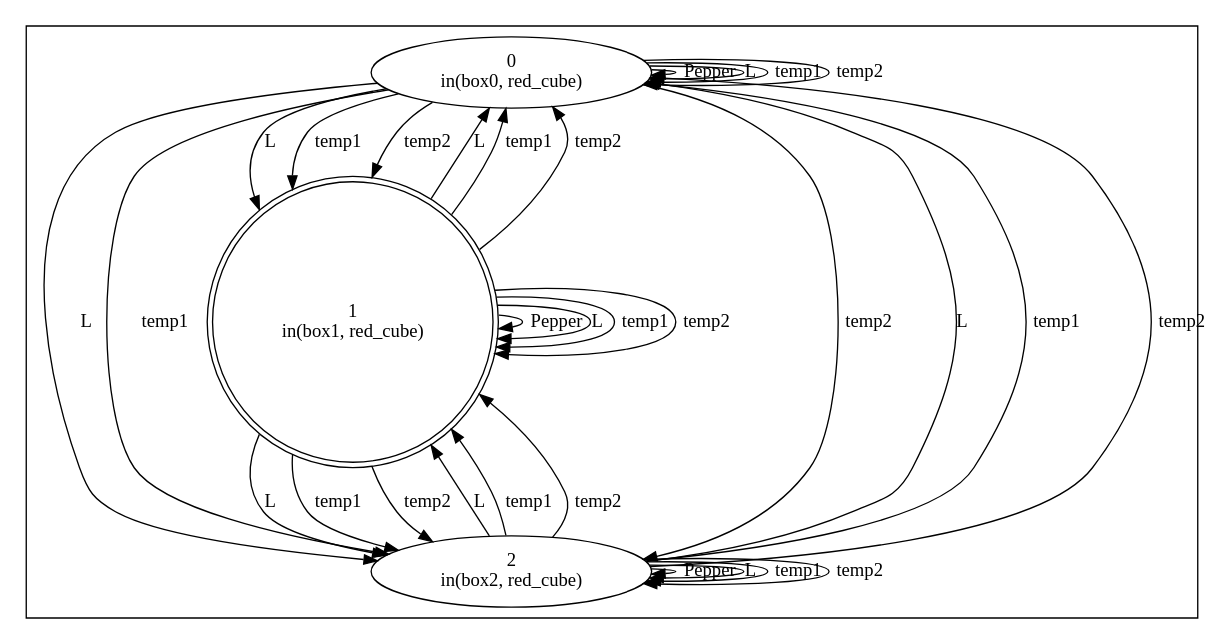
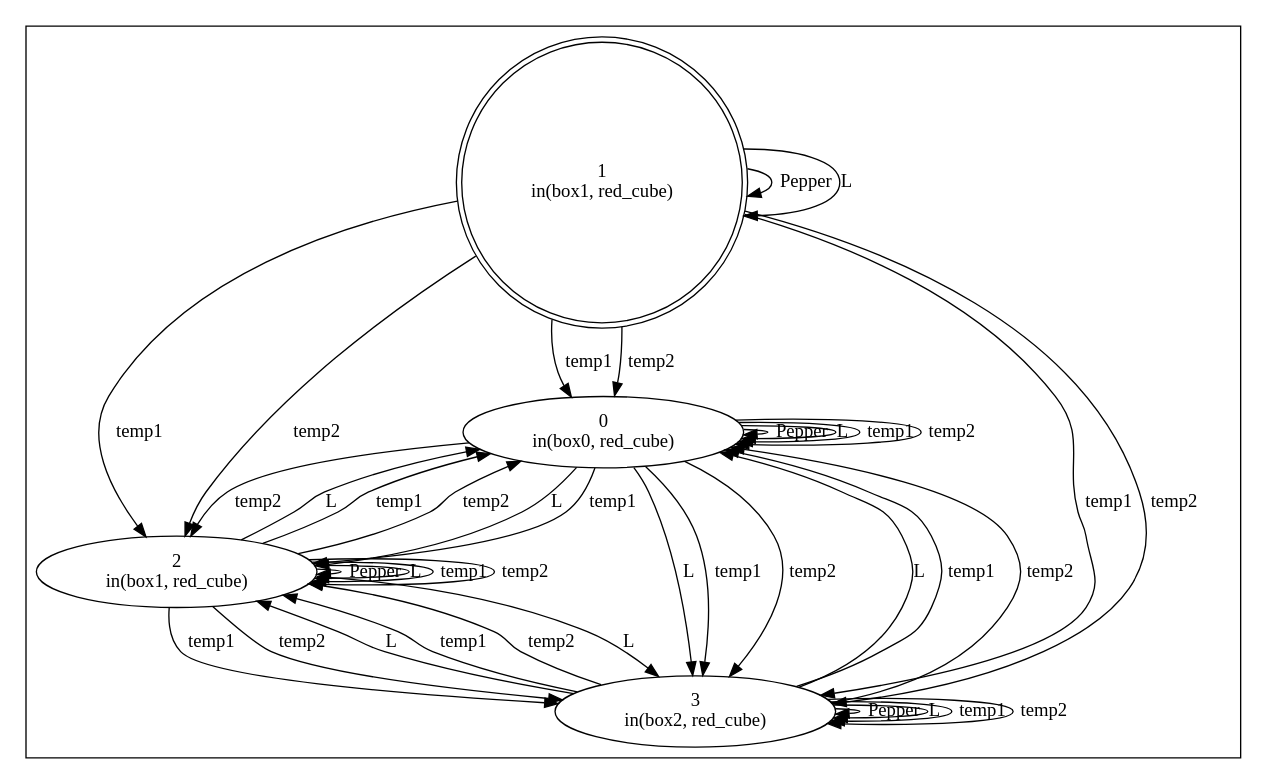
One commit to Zeltex/Implicit_Coordination changed the diagram in State_Before.dot. Above: the diagram before and after it, drawn with Graphviz. The commit also changed 49 other files, not shown here.

```diff
--- a/State_Before.dot
+++ b/State_Before.dot
@@ -1,37 +1,47 @@
 digraph {subgraph cluster_0 {s00 [label="0
 in(box0, red_cube)"];
 s01 [label="1
 in(box1, red_cube)", shape=doublecircle];
 s02 [label="2
+in(box1, red_cube)"];
+s03 [label="3
 in(box2, red_cube)"];
 s00 -> s00[label="Pepper"];
 s01 -> s01[label="Pepper"];
 s02 -> s02[label="Pepper"];
-s00 -> s01[label="L"];
+s03 -> s03[label="Pepper"];
+s00 -> s00[label="L"];
 s00 -> s02[label="L"];
-s01 -> s00[label="L"];
-s01 -> s02[label="L"];
+s00 -> s03[label="L"];
+s01 -> s01[label="L"];
 s02 -> s00[label="L"];
-s02 -> s01[label="L"];
-s00 -> s00[label="L"];
-s01 -> s01[label="L"];
 s02 -> s02[label="L"];
-s00 -> s01[label="temp1"];
+s02 -> s03[label="L"];
+s03 -> s00[label="L"];
+s03 -> s02[label="L"];
+s03 -> s03[label="L"];
+s00 -> s00[label="temp1"];
 s00 -> s02[label="temp1"];
+s00 -> s03[label="temp1"];
 s01 -> s00[label="temp1"];
 s01 -> s02[label="temp1"];
+s01 -> s03[label="temp1"];
 s02 -> s00[label="temp1"];
-s02 -> s01[label="temp1"];
-s00 -> s00[label="temp1"];
-s01 -> s01[label="temp1"];
 s02 -> s02[label="temp1"];
-s00 -> s01[label="temp2"];
+s02 -> s03[label="temp1"];
+s03 -> s00[label="temp1"];
+s03 -> s02[label="temp1"];
+s03 -> s03[label="temp1"];
+s00 -> s00[label="temp2"];
 s00 -> s02[label="temp2"];
+s00 -> s03[label="temp2"];
 s01 -> s00[label="temp2"];
 s01 -> s02[label="temp2"];
+s01 -> s03[label="temp2"];
 s02 -> s00[label="temp2"];
-s02 -> s01[label="temp2"];
-s00 -> s00[label="temp2"];
-s01 -> s01[label="temp2"];
 s02 -> s02[label="temp2"];
+s02 -> s03[label="temp2"];
+s03 -> s00[label="temp2"];
+s03 -> s02[label="temp2"];
+s03 -> s03[label="temp2"];
 }}
```
